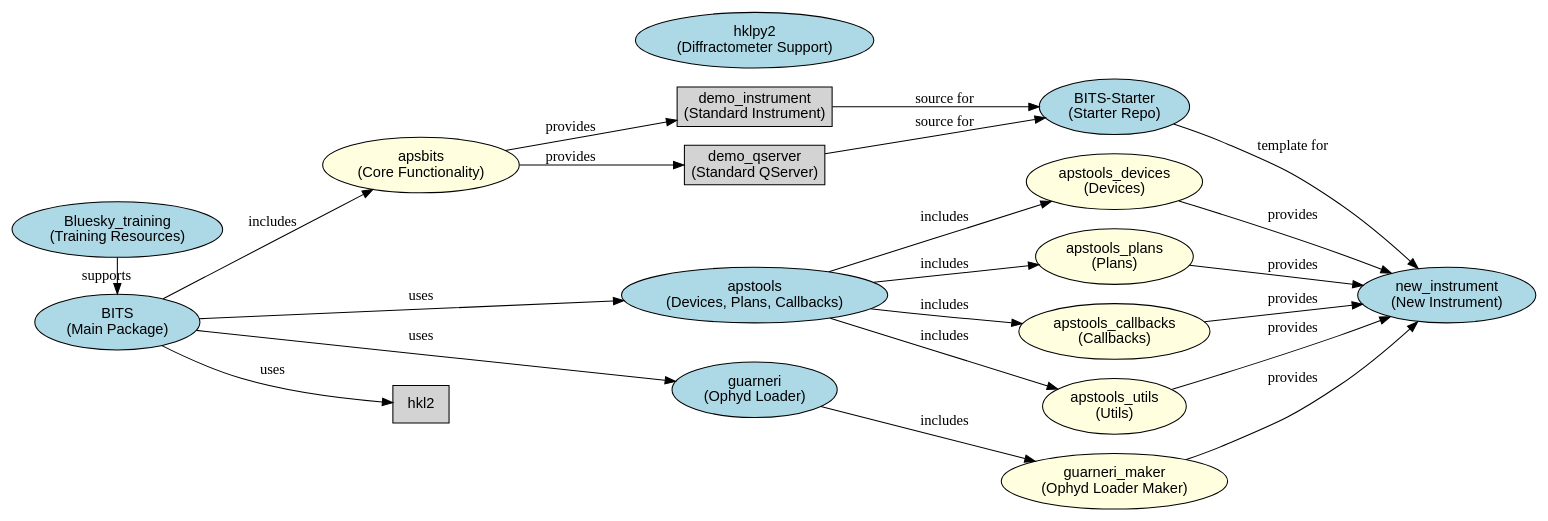
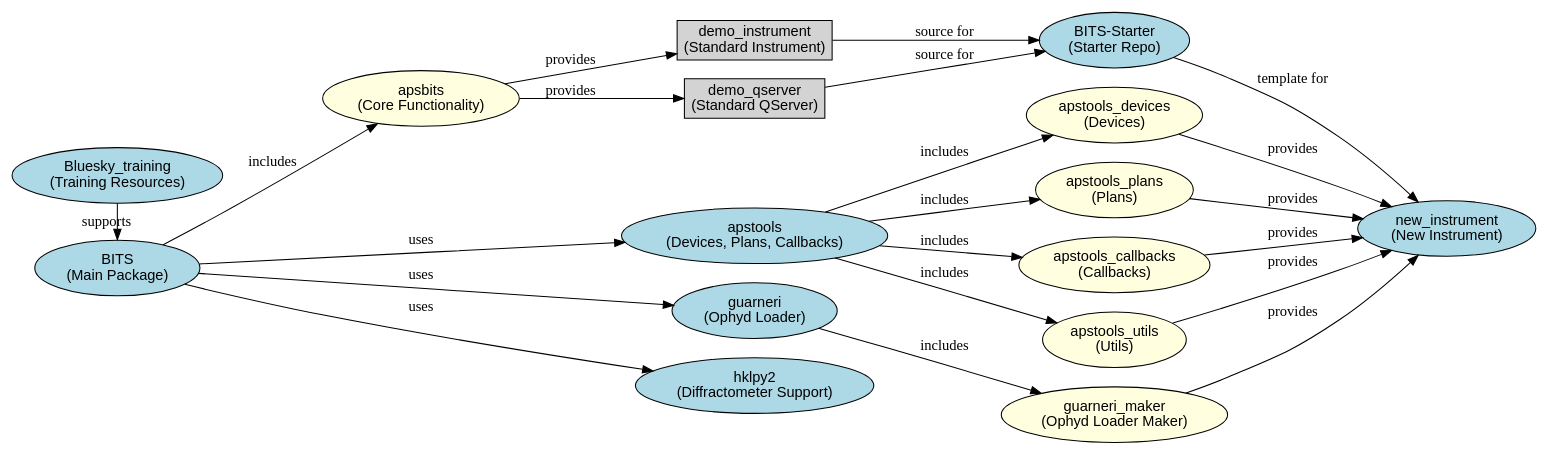
One commit to BCDA-APS/bs_model_instrument changed the diagram in docs/source/bits_overview.rst. Above: the diagram before and after it, drawn with Graphviz.

```diff
--- a/docs/source/bits_overview.rst
+++ b/docs/source/bits_overview.rst
@@ -11,45 +11,45 @@
 .. graphviz::
 
    digraph BITS_Ecosystem {
        rankdir=LR;
        node [shape=box style=filled fillcolor=lightgrey fontname="Arial"];
 
        {rank=min;
        BITS [label="BITS\n(Main Package)", shape=ellipse, fillcolor=lightblue];
        training [label="Bluesky_training\n(Training Resources)", shape=ellipse, fillcolor=lightblue];
        }
 
        apsbits [label="apsbits\n(Core Functionality)", shape=ellipse, fillcolor=lightyellow];
        demo_instr [label="demo_instrument\n(Standard Instrument)"];
        demo_qserver [label="demo_qserver\n(Standard QServer)"];
 
        {rank=same;
         apstools [label="apstools\n(Devices, Plans, Callbacks)", shape=ellipse, fillcolor=lightblue];
        guarneri [label="guarneri\n(Ophyd Loader)", shape=ellipse, fillcolor=lightblue];
        hklpy2 [label="hklpy2\n(Diffractometer Support)", shape=ellipse, fillcolor=lightblue];
        }
 
        {rank=same;
        BITS_Starter [label="BITS-Starter\n(Starter Repo)", shape=ellipse, fillcolor=lightblue];
        guarneri_maker [label="guarneri_maker\n(Ophyd Loader Maker)", shape=ellipse, fillcolor=lightyellow];
        apst_devices [label="apstools_devices\n(Devices)", shape=ellipse, fillcolor=lightyellow];
        apst_plans [label="apstools_plans\n(Plans)", shape=ellipse, fillcolor=lightyellow];
        apst_callbacks [label="apstools_callbacks\n(Callbacks)", shape=ellipse, fillcolor=lightyellow];
        apst_utils [label="apstools_utils\n(Utils)", shape=ellipse, fillcolor=lightyellow];
        }
 
        new_instrument [label="new_instrument\n(New Instrument)", shape=ellipse, fillcolor=lightblue];
 
        BITS -> apsbits [label="includes"];
        {demo_instr demo_qserver} -> BITS_Starter [label="source for"];
        BITS_Starter -> new_instrument [label="template for"];
        apsbits -> {demo_instr demo_qserver} [label="provides"];
        BITS -> apstools [label="uses"];
        apstools -> {apst_devices apst_plans apst_callbacks apst_utils} [label="includes"];
        {apst_devices apst_plans apst_callbacks apst_utils} -> new_instrument [label="provides"];
        BITS -> guarneri [label="uses"];
        guarneri -> guarneri_maker [label="includes"];
        guarneri_maker -> new_instrument [label="provides"];
-       BITS -> hkl2 [label="uses"];
+       BITS -> hklpy2 [label="uses"];
        training -> BITS [label="supports"];
    }
```
